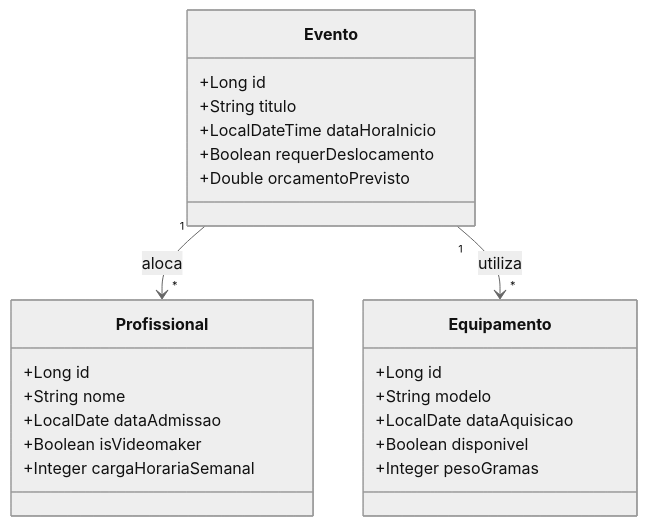
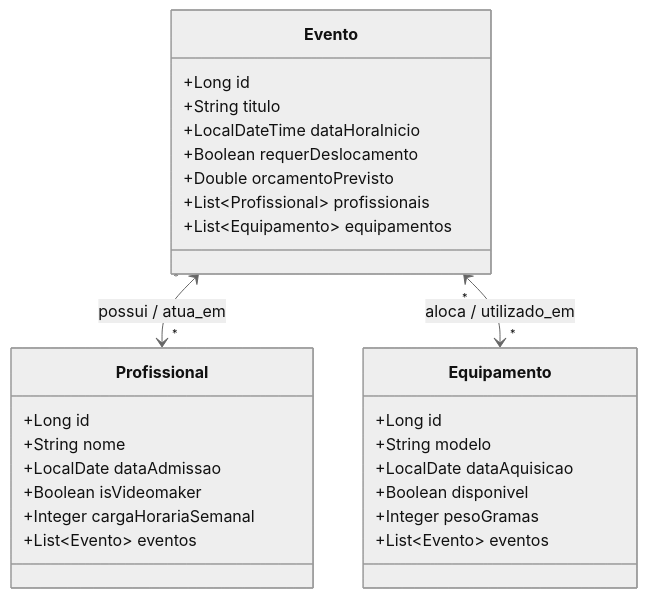
The diagram in README.md (JoaoManoelSilvaMorais/GerenciadorDeAgendasSECOM), drawn with Mermaid (neutral theme) before and after one commit.

Commit message:
Revise relationship mappings in README.md
Updated relationship mappings for Evento, Profissional, and Equipamento classes.

````diff
--- a/README.md
+++ b/README.md
@@ -5,32 +5,36 @@
 ```mermaid
 classDiagram
     direction TB
 
     class Profissional {
         +Long id
         +String nome
         +LocalDate dataAdmissao
         +Boolean isVideomaker
         +Integer cargaHorariaSemanal
+        +List~Evento~ eventos
     }
 
     class Evento {
         +Long id
         +String titulo
         +LocalDateTime dataHoraInicio
         +Boolean requerDeslocamento
         +Double orcamentoPrevisto
+        +List~Profissional~ profissionais
+        +List~Equipamento~ equipamentos
     }
 
     class Equipamento {
         +Long id
         +String modelo
         +LocalDate dataAquisicao
         +Boolean disponivel
         +Integer pesoGramas
+        +List~Evento~ eventos
     }
 
-    %% Relacionamentos mapeados para as próximas etapas (OBS do escopo)
-    Evento "1" --> "*" Profissional : aloca
-    Evento "1" --> "*" Equipamento : utiliza
+    %% Relacionamentos bidirecionais N:N explícitos
+    Evento "*" <--> "*" Profissional : possui / atua_em
+    Evento "*" <--> "*" Equipamento : aloca / utilizado_em
 ```
````
